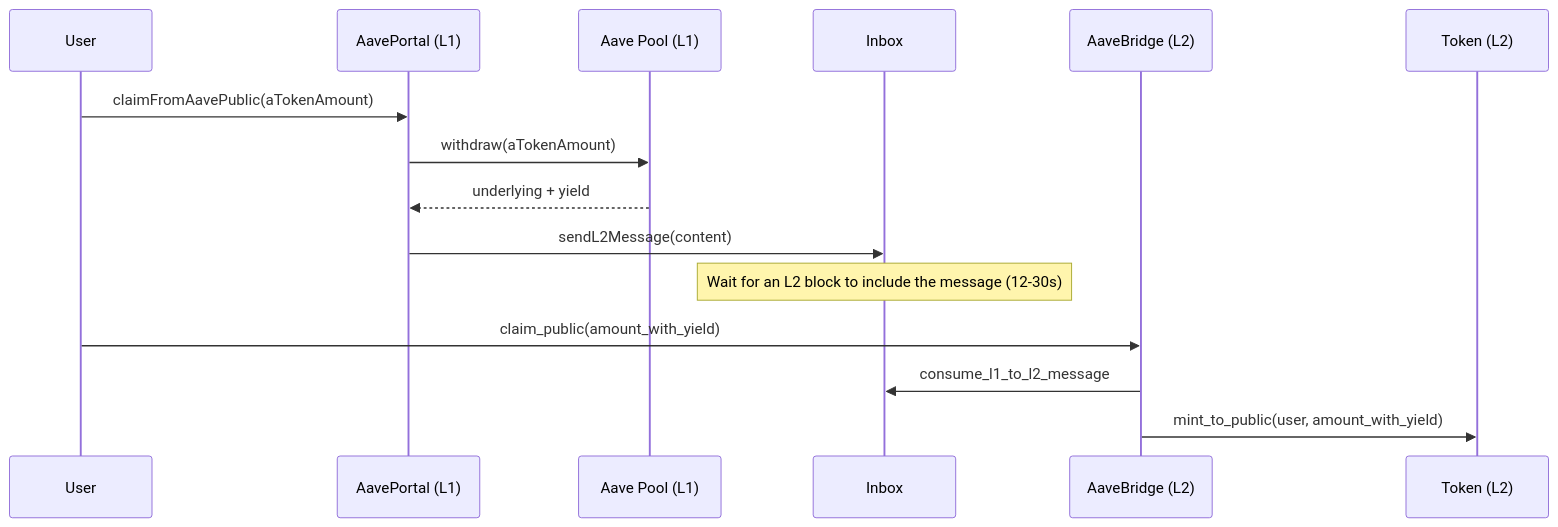
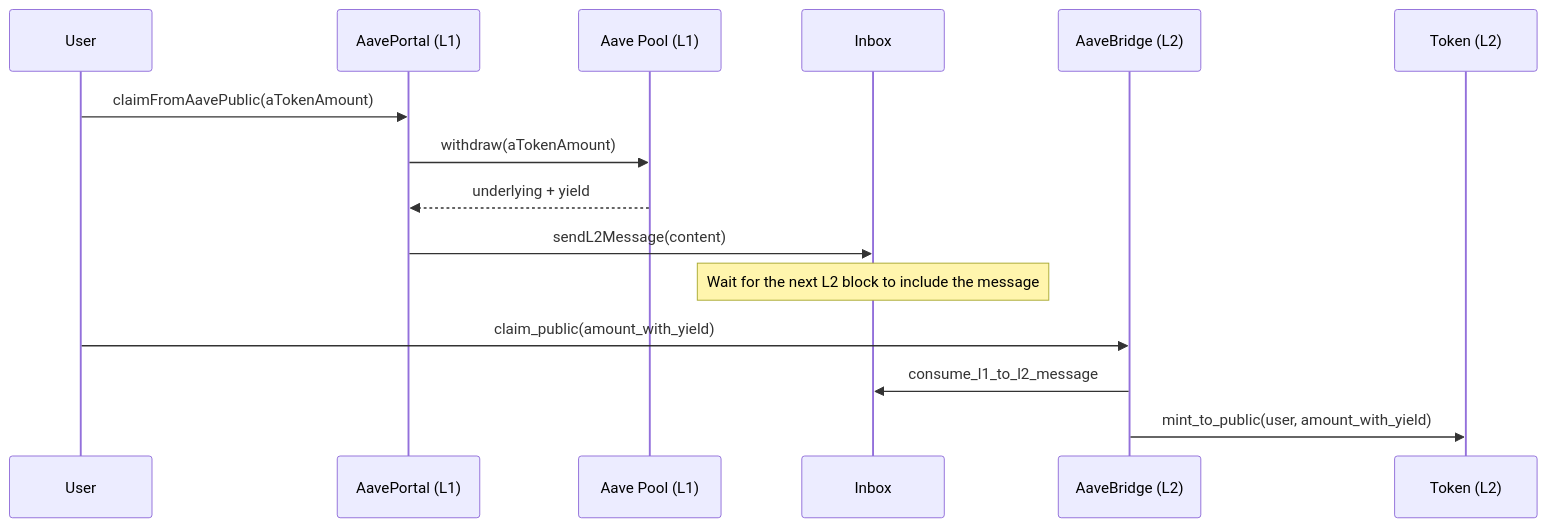
Before and after one commit to AztecProtocol/aztec-packages: the third of 3 diagrams in docs/docs-developers/docs/tutorials/js_tutorials/aave_bridge.md, drawn with Mermaid. The commit also changed 7 other files, not shown here.

Commit message:
docs(fast-inbox): document message-prefix consumption, the Inbox read API and the accepted limitations

````diff
--- a/docs/docs-developers/docs/tutorials/js_tutorials/aave_bridge.md
+++ b/docs/docs-developers/docs/tutorials/js_tutorials/aave_bridge.md
@@ -86,18 +86,18 @@
 ```mermaid
 sequenceDiagram
     participant User
     participant Portal as AavePortal (L1)
     participant Aave as Aave Pool (L1)
     participant Inbox as Inbox
     participant Bridge as AaveBridge (L2)
     participant Token as Token (L2)
 
     User->>Portal: claimFromAavePublic(aTokenAmount)
     Portal->>Aave: withdraw(aTokenAmount)
     Aave-->>Portal: underlying + yield
     Portal->>Inbox: sendL2Message(content)
-    Note over Inbox: Wait for an L2 block to include the message (12-30s)
+    Note over Inbox: Wait for the next L2 block to include the message
     User->>Bridge: claim_public(amount_with_yield)
     Bridge->>Inbox: consume_l1_to_l2_message
     Bridge->>Token: mint_to_public(user, amount_with_yield)
 ```
````
